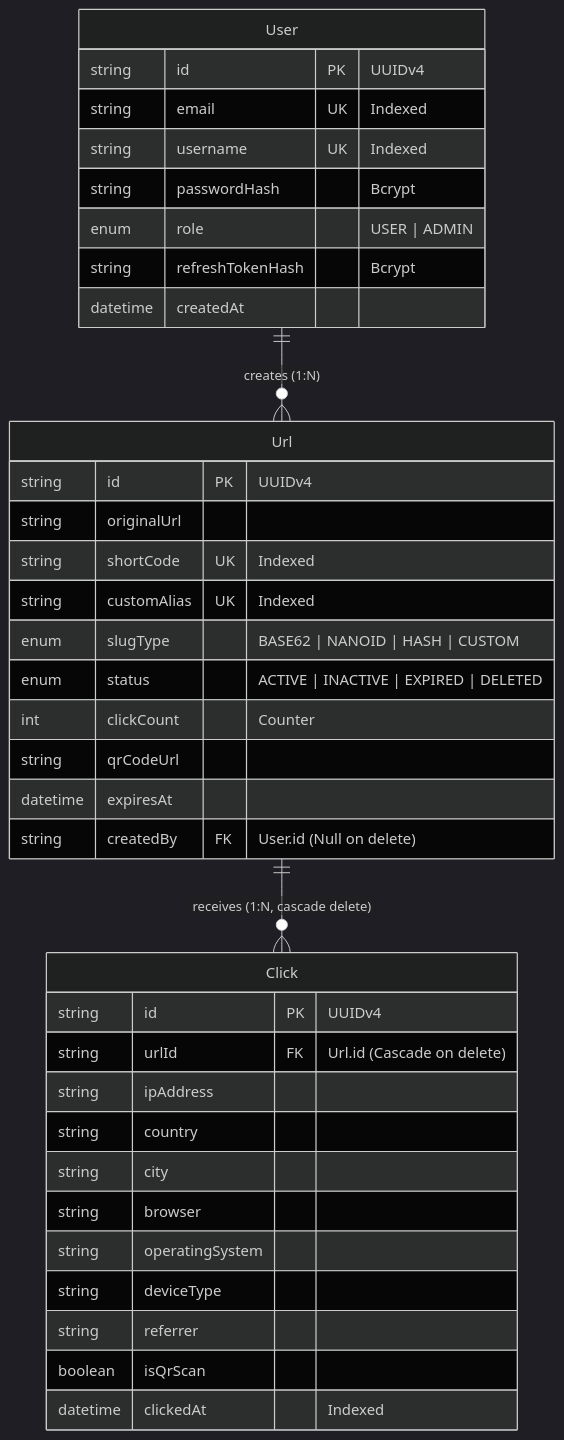
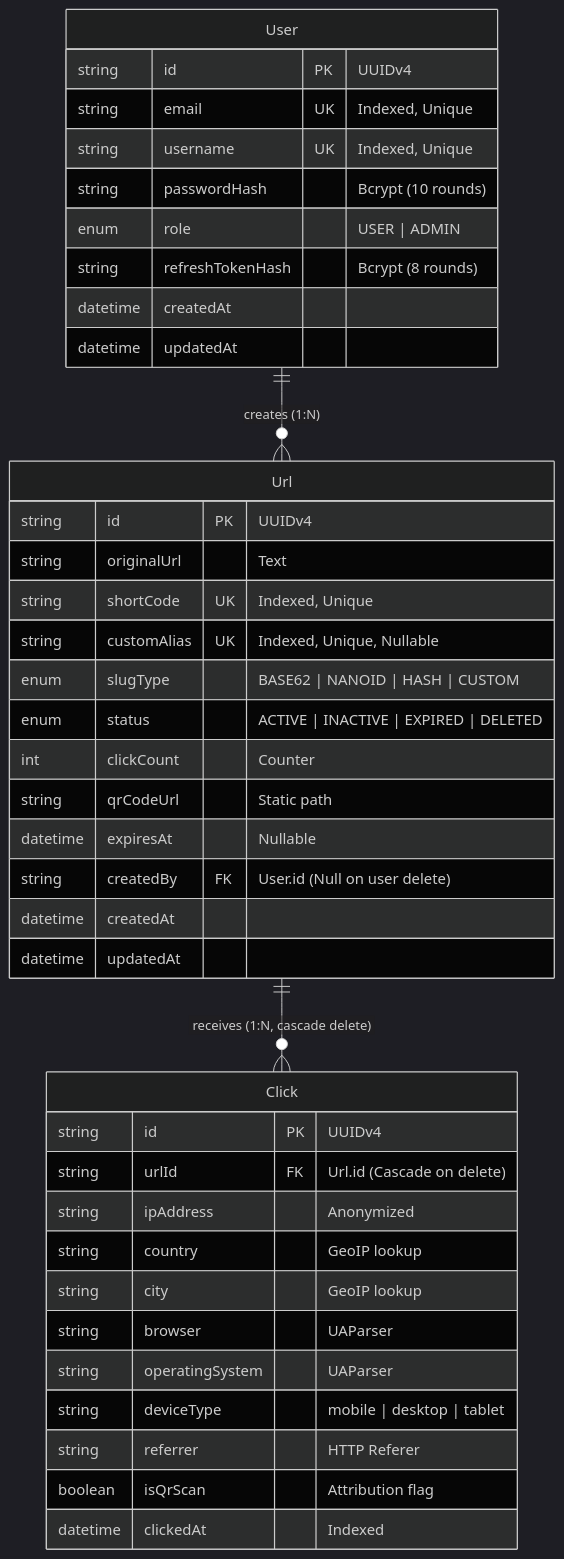
The diagram in INTERVIEW_PREPARATION.md (whoankitchauhan/LinkForge), drawn with Mermaid (dark theme) before and after one commit. The commit also changed other lines of this file, not shown here.

Commit message:
docs: overhaul INTERVIEW_PREPARATION.md to include expanded execution flows, bug summaries, and a comprehensive interview Q&A bank.

````diff
--- a/INTERVIEW_PREPARATION.md
+++ b/INTERVIEW_PREPARATION.md
@@ -1081,42 +1441,45 @@
 ```mermaid
 erDiagram
     User ||--o{ Url : "creates (1:N)"
     Url ||--o{ Click : "receives (1:N, cascade delete)"
 
     User {
         string id PK "UUIDv4"
-        string email UK "Indexed"
-        string username UK "Indexed"
-        string passwordHash "Bcrypt"
+        string email UK "Indexed, Unique"
+        string username UK "Indexed, Unique"
+        string passwordHash "Bcrypt (10 rounds)"
         enum role "USER | ADMIN"
-        string refreshTokenHash "Bcrypt"
+        string refreshTokenHash "Bcrypt (8 rounds)"
         datetime createdAt
+        datetime updatedAt
     }
 
     Url {
         string id PK "UUIDv4"
-        string originalUrl
-        string shortCode UK "Indexed"
-        string customAlias UK "Indexed"
+        string originalUrl "Text"
+        string shortCode UK "Indexed, Unique"
+        string customAlias UK "Indexed, Unique, Nullable"
         enum slugType "BASE62 | NANOID | HASH | CUSTOM"
         enum status "ACTIVE | INACTIVE | EXPIRED | DELETED"
         int clickCount "Counter"
-        string qrCodeUrl
-        datetime expiresAt
-        string createdBy FK "User.id (Null on delete)"
+        string qrCodeUrl "Static path"
+        datetime expiresAt "Nullable"
+        string createdBy FK "User.id (Null on user delete)"
+        datetime createdAt
+        datetime updatedAt
     }
 
     Click {
         string id PK "UUIDv4"
         string urlId FK "Url.id (Cascade on delete)"
-        string ipAddress
-        string country
-        string city
-        string browser
-        string operatingSystem
-        string deviceType
-        string referrer
-        boolean isQrScan
+        string ipAddress "Anonymized"
+        string country "GeoIP lookup"
+        string city "GeoIP lookup"
+        string browser "UAParser"
+        string operatingSystem "UAParser"
+        string deviceType "mobile | desktop | tablet"
+        string referrer "HTTP Referer"
+        boolean isQrScan "Attribution flag"
         datetime clickedAt "Indexed"
     }
 ```
````
